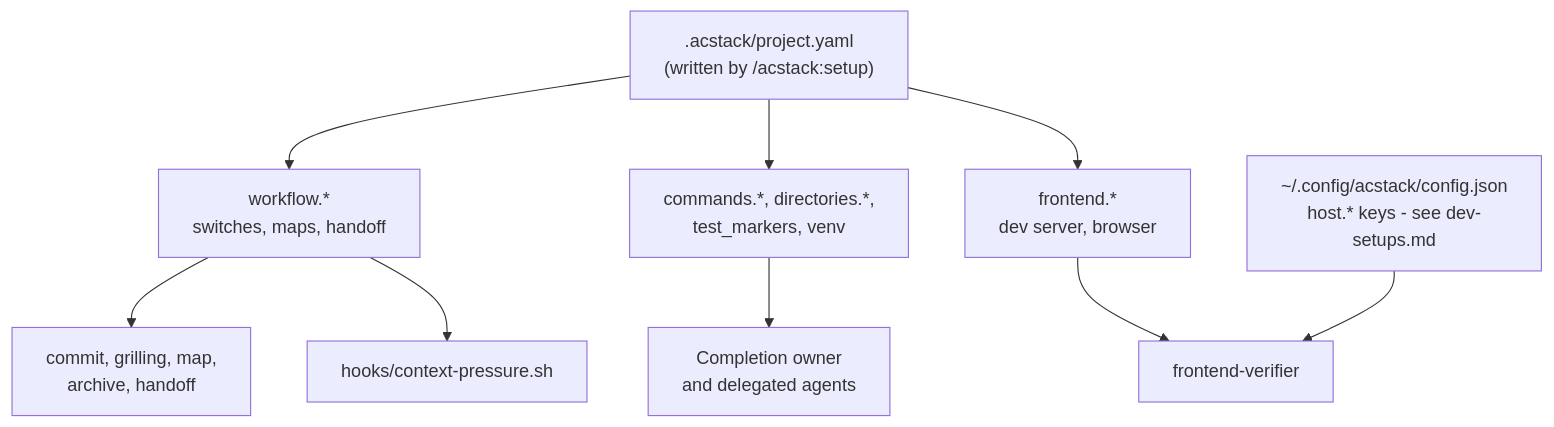
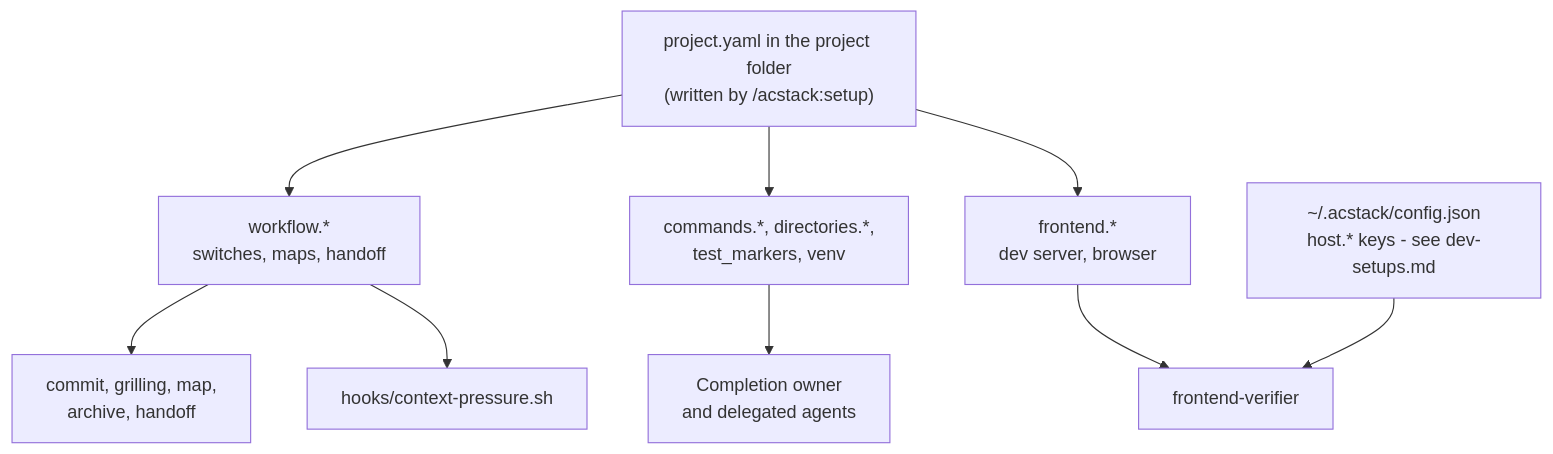
The diagram in docs/config-reference.md (ac8318740/acstack), drawn with Mermaid before and after one commit. The commit also changed other lines of this file and 156 other files, not shown here.

First line of the commit message:
feat!: keep ACStack project data outside the repository

````diff
--- a/docs/config-reference.md
+++ b/docs/config-reference.md
@@ -19,11 +20,11 @@
 ```mermaid
 flowchart TD
-    FILE[".acstack/project.yaml<br/>(written by /acstack:setup)"] --> WF["workflow.*<br/>switches, maps, handoff"]
+    FILE["project.yaml in the project folder<br/>(written by /acstack:setup)"] --> WF["workflow.*<br/>switches, maps, handoff"]
     FILE --> RUN["commands.*, directories.*,<br/>test_markers, venv"]
     FILE --> FE["frontend.*<br/>dev server, browser"]
     WF --> SKILLS["commit, grilling, map,<br/>archive, handoff"]
     WF --> HOOK["hooks/context-pressure.sh"]
     RUN --> AGENTS["Completion owner<br/>and delegated agents"]
     FE --> FV["frontend-verifier"]
-    HOST["~/.config/acstack/config.json<br/>host.* keys - see dev-setups.md"] --> FV
+    HOST["~/.acstack/config.json<br/>host.* keys - see dev-setups.md"] --> FV
 ```
````
